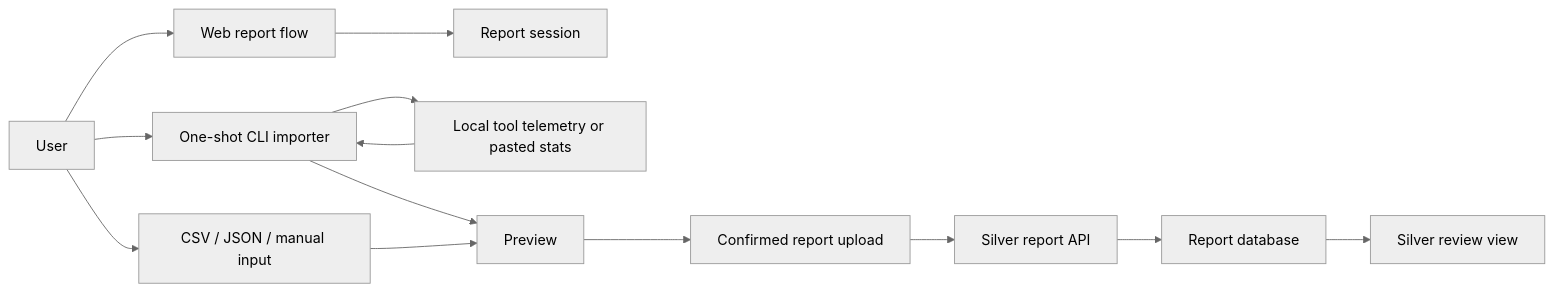
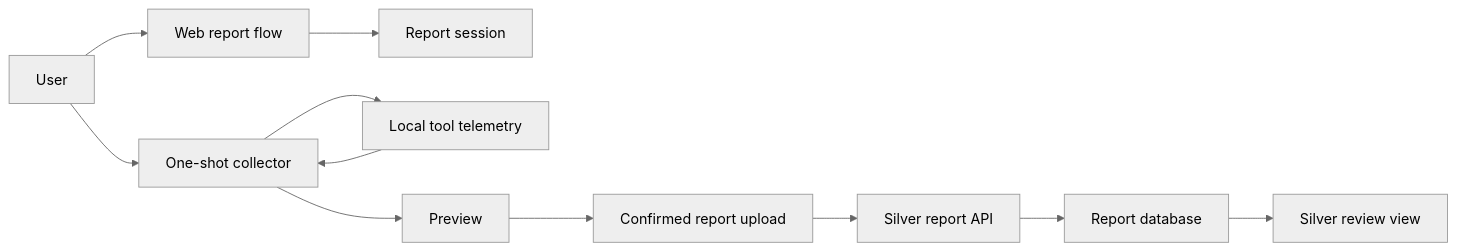
One commit to Zogar89/silver-usage-report changed the first of 2 diagrams in docs/architecture.md. Above: the diagram before and after it, drawn with Mermaid (neutral theme). The commit also changed other lines of this file and 9 other files, not shown here.

````diff
--- a/docs/architecture.md
+++ b/docs/architecture.md
@@ -29,15 +29,13 @@
 ```mermaid
 flowchart LR
   User["User"] --> Web["Web report flow"]
   Web --> Session["Report session"]
-  User --> CLI["One-shot CLI importer"]
-  User --> Manual["CSV / JSON / manual input"]
-  CLI --> Sources["Local tool telemetry or pasted stats"]
-  Sources --> CLI
-  CLI --> Preview["Preview"]
-  Manual --> Preview
+  User --> Collector["One-shot collector"]
+  Collector --> Sources["Local tool telemetry"]
+  Sources --> Collector
+  Collector --> Preview["Preview"]
   Preview --> Upload["Confirmed report upload"]
   Upload --> API["Silver report API"]
   API --> DB["Report database"]
   DB --> Admin["Silver review view"]
 ```
````
